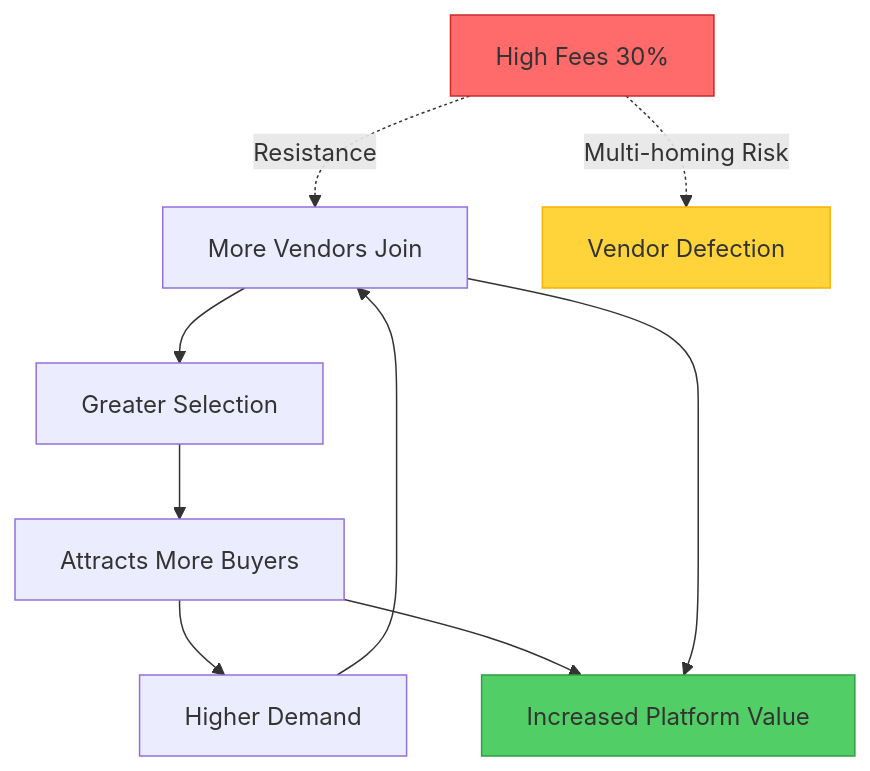
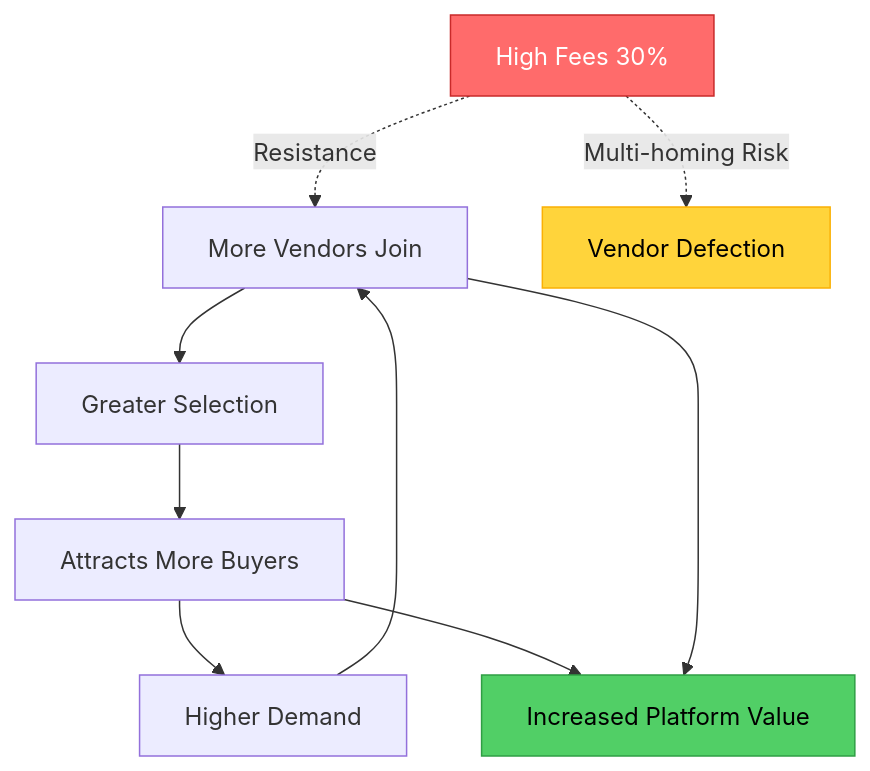
The seventh of 11 diagrams in Industry/Blockchain/Blockchain/ValueChain/QA_LinerScholarDeepResearch.md (ljg-cqu/knowledge), drawn with Mermaid before and after one commit. The commit also changed other lines of this file and 6 other files, not shown here.

````diff
--- a/Industry/Blockchain/Blockchain/ValueChain/QA_LinerScholarDeepResearch.md
+++ b/Industry/Blockchain/Blockchain/ValueChain/QA_LinerScholarDeepResearch.md
@@ -330,17 +330,17 @@
 ```mermaid
 graph TD
     A[More Vendors Join] --> B[Greater Selection]
     B --> C[Attracts More Buyers]
     C --> D[Higher Demand]
     D --> A
     
     C --> E[Increased Platform Value]
     A --> E
     
     F[High Fees 30%] -.->|Resistance| A
     F -.->|Multi-homing Risk| G[Vendor Defection]
     
-    style E fill:#51cf66,stroke:#2f9e44
-    style F fill:#ff6b6b,stroke:#c92a2a
-    style G fill:#ffd43b,stroke:#fab005
+    style E fill:#51cf66,stroke:#2f9e44,color:#000
+    style F fill:#ff6b6b,stroke:#c92a2a,color:#fff
+    style G fill:#ffd43b,stroke:#fab005,color:#000
 ```
````
